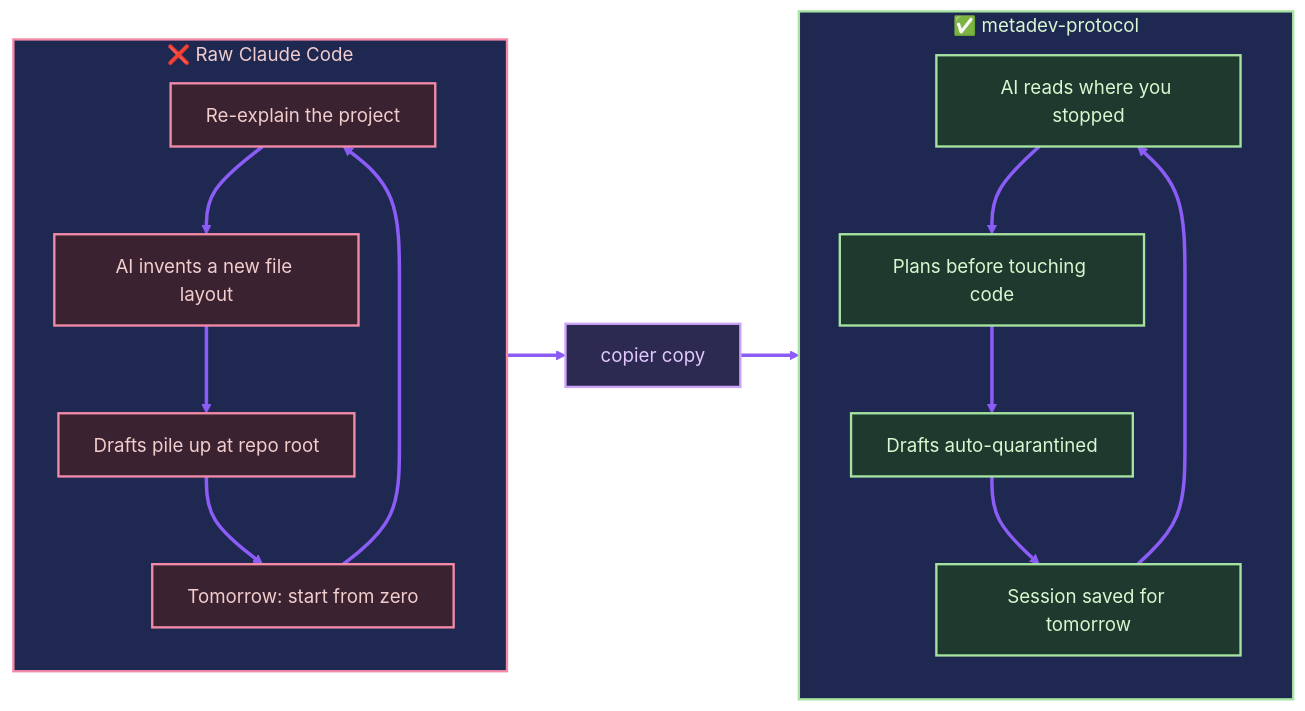
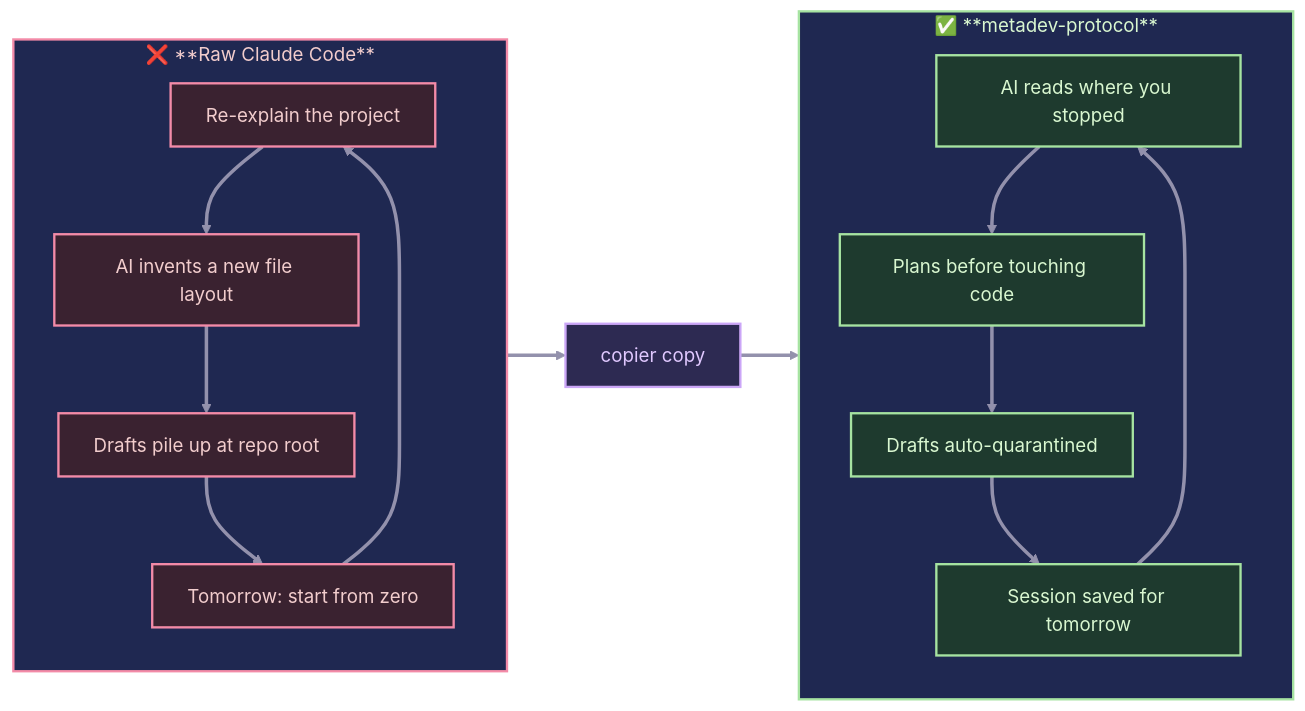
Before and after one commit to Vincent-20-100/metadev-protocol: the second of 3 diagrams in README.md, drawn with Mermaid. The commit also changed other lines of this file, not shown here.

First line of the commit message:
docs(readme): add 'one repo, two spaces' diagram — product vs cockpit

````diff
--- a/README.md
+++ b/README.md
@@ -45,32 +84,32 @@
 ```mermaid
 flowchart LR
     classDef pain  fill: #3a2230,stroke: #f38ba8,stroke-width:2px,color: #f2cdcd
     classDef cure  fill: #1e3a2e,stroke: #a6e3a1,stroke-width:2px,color: #d9f7d0
     classDef jump  fill: #2d2a52,stroke: #cba6f7,stroke-width:2px,color: #e0c8ff
 
-    subgraph BEFORE["❌ Raw Claude Code"]
+    subgraph BEFORE["❌ **Raw Claude Code**"]
         direction TB
         B1["Re-explain the project"]:::pain
         B2["AI invents a new file layout"]:::pain
         B3["Drafts pile up at repo root"]:::pain
         B4["Tomorrow: start from zero"]:::pain
         B1 --> B2 --> B3 --> B4 --> B1
     end
 
-    subgraph AFTER["✅ metadev-protocol"]
+    subgraph AFTER["✅ **metadev-protocol**"]
         direction TB
         A1["AI reads where you stopped"]:::cure
         A2["Plans before touching code"]:::cure
         A3["Drafts auto-quarantined"]:::cure
         A4["Session saved for tomorrow"]:::cure
         A1 --> A2 --> A3 --> A4 --> A1
     end
 
     JUMP["copier copy"]:::jump
     BEFORE ==> JUMP ==> AFTER
 
     style BEFORE fill: #1f2851 ,stroke: #f38ba8,stroke-width:2px,color: #f2cdcd
     style AFTER  fill: #1f2851,stroke: #a6e3a1,stroke-width:2px,color: #d9f7d0
 
-    linkStyle default stroke:#8b5cf6,stroke-width:3px,color:#cdd6f4
+    linkStyle default stroke: #9391ac ,stroke-width:3px,color: #9391ac
 ```
````
